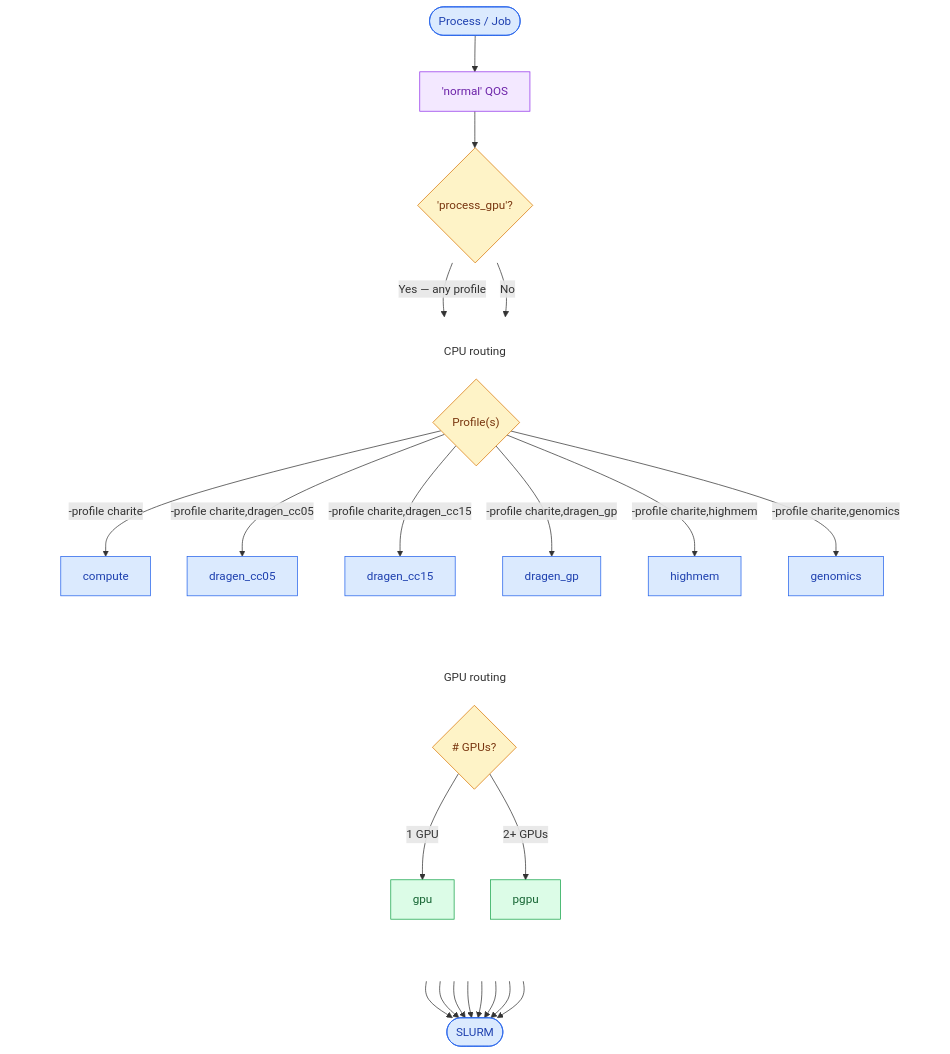
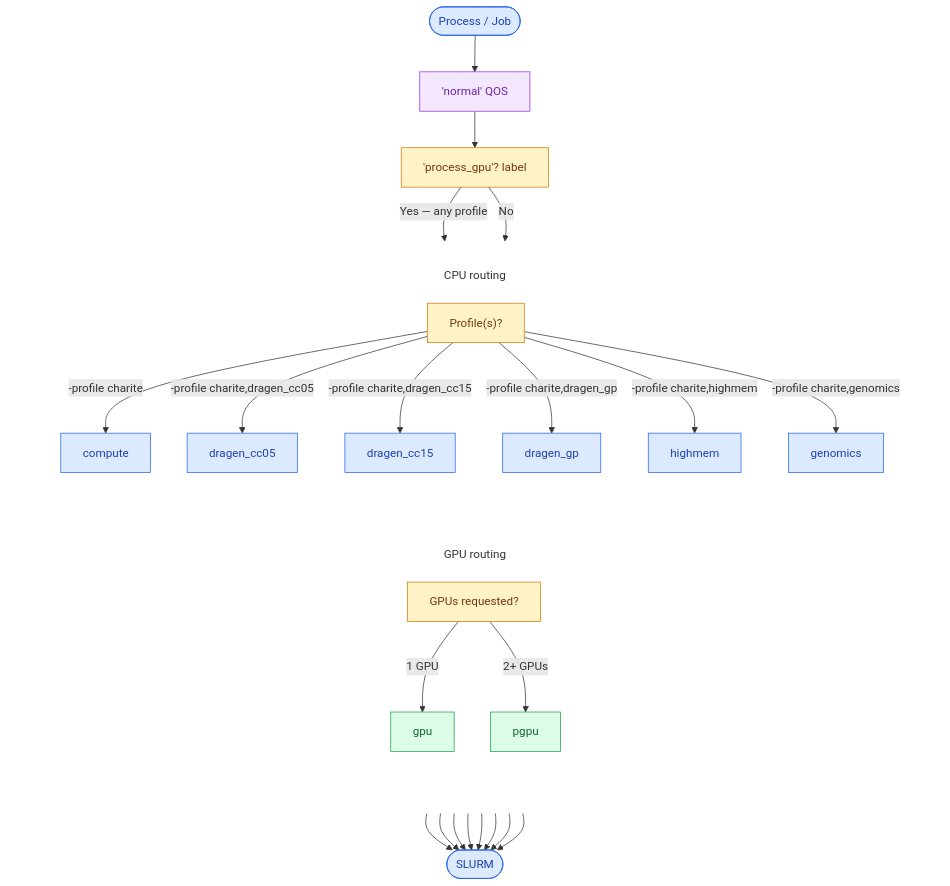
One commit to ScientificComputingCharite/configs changed the second of 2 diagrams in docs/charite.md. Above: the diagram before and after it, drawn with Mermaid.

````diff
--- a/docs/charite.md
+++ b/docs/charite.md
@@ -413,69 +413,69 @@
 ```mermaid
 flowchart TB
     A(["Process / Job"])
     Q["'normal' QOS"]
-    B{"'process_gpu'?"}
+    B["'process_gpu'? label"]
 
     A --> Q --> B
 
     subgraph ROUTING[" "]
         direction LR
 
         subgraph GPU["GPU routing"]
             direction TB
-            C{"# GPUs?"}
+            C["GPUs requested?"]
             D["gpu"]
             E["pgpu"]
 
             C -->|"1 GPU"| D
             C -->|"2+ GPUs"| E
         end
 
         subgraph CPU["CPU routing"]
             direction TB
-            F{"Profile(s)"}
+            F["Profile(s)?"]
 
             G["compute"]
             H["dragen_cc05"]
             I["dragen_cc15"]
             J["dragen_gp"]
             K["highmem"]
             L["genomics"]
 
             F -->|"-profile charite"| G
             F -->|"-profile charite,dragen_cc05"| H
             F -->|"-profile charite,dragen_cc15"| I
             F -->|"-profile charite,dragen_gp"| J
             F -->|"-profile charite,highmem"| K
             F -->|"-profile charite,genomics"| L
         end
     end
 
     B -->|"Yes — any profile"| C
     B -->|"No"| F
 
     D --> N(["SLURM"])
     E --> N
     G --> N
     H --> N
     I --> N
     J --> N
     K --> N
     L --> N
 
     classDef start fill:#dbeafe,stroke:#2563eb,color:#1e40af
     classDef gpu fill:#dcfce7,stroke:#16a34a,color:#166534
     classDef cpu fill:#dbeafe,stroke:#2563eb,color:#1e40af
     classDef decision fill:#fef3c7,stroke:#d97706,color:#78350f
     classDef qos fill:#f3e8ff,stroke:#9333ea,color:#6b21a8
 
     class A,N start
     class Q qos
     class D,E gpu
     class G,H,I,J,K,L cpu
     class B,C,F decision
 
     style ROUTING fill:none,stroke:none
     style GPU fill:none,stroke:none
     style CPU fill:none,stroke:none
 ```
````
